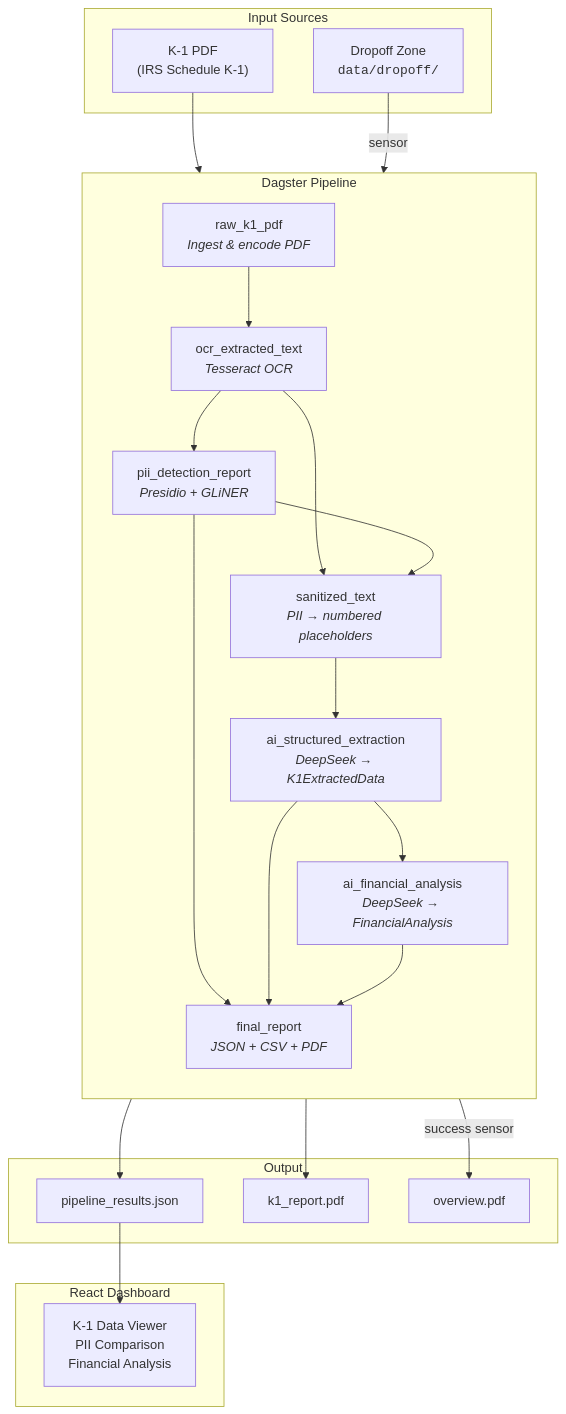
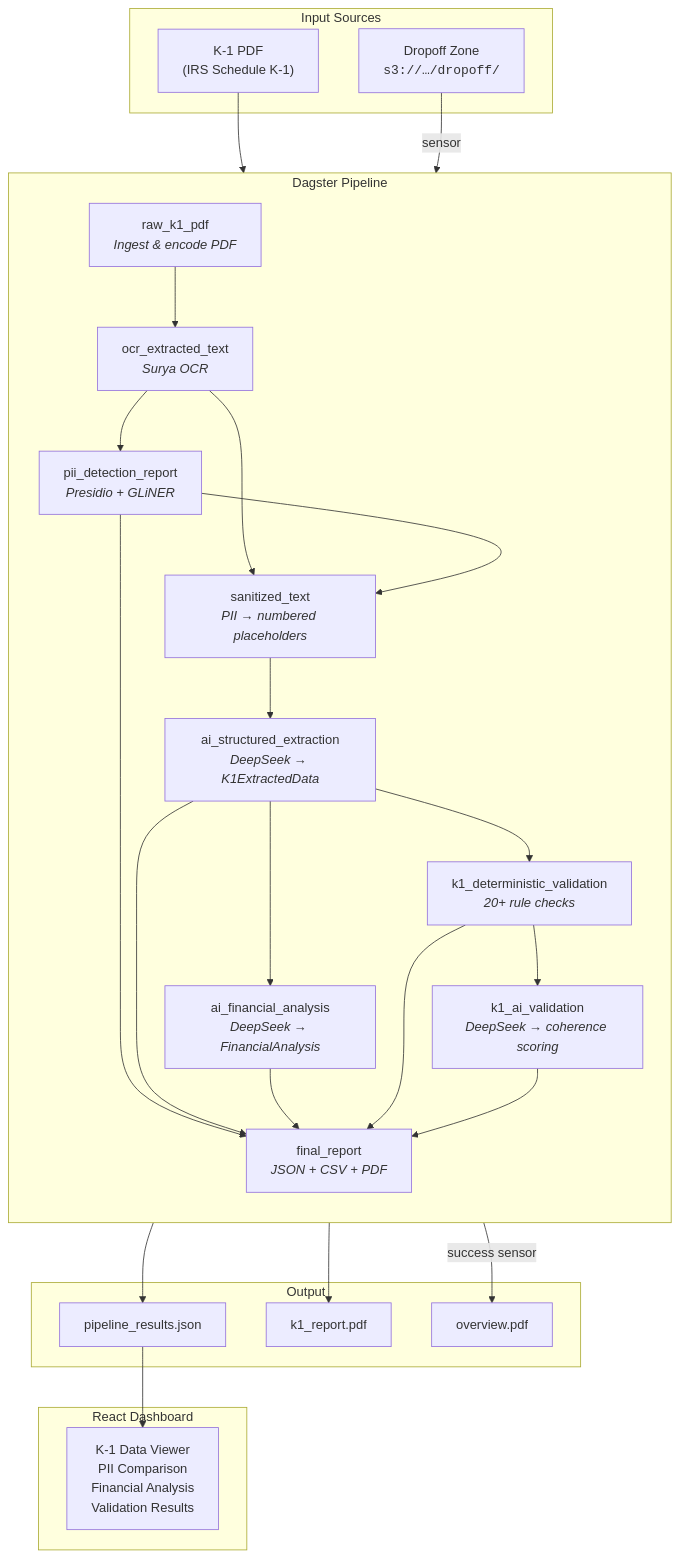
Before and after one commit to danielpodrazka/dagster-document-intelligence: the first of 8 diagrams in README.md, drawn with Mermaid. The commit also changed other lines of this file and 5 other files, not shown here.

First line of the commit message:
Update README, upgrade Surya OCR to v0.17 API, and add future enhancements doc

````diff
--- a/README.md
+++ b/README.md
@@ -13,44 +13,50 @@
 ```mermaid
 graph TB
     subgraph Input["Input Sources"]
         A["K-1 PDF<br/>(IRS Schedule K-1)"]
-        B["Dropoff Zone<br/><code>data/dropoff/</code>"]
+        B["Dropoff Zone<br/><code>s3://…/dropoff/</code>"]
     end
 
     subgraph Dagster["Dagster Pipeline"]
         direction TB
         C["raw_k1_pdf<br/><i>Ingest & encode PDF</i>"]
-        D["ocr_extracted_text<br/><i>Tesseract OCR</i>"]
+        D["ocr_extracted_text<br/><i>Surya OCR</i>"]
         E["pii_detection_report<br/><i>Presidio + GLiNER</i>"]
         F["sanitized_text<br/><i>PII → numbered placeholders</i>"]
         G["ai_structured_extraction<br/><i>DeepSeek → K1ExtractedData</i>"]
         H["ai_financial_analysis<br/><i>DeepSeek → FinancialAnalysis</i>"]
+        V1["k1_deterministic_validation<br/><i>20+ rule checks</i>"]
+        V2["k1_ai_validation<br/><i>DeepSeek → coherence scoring</i>"]
         I["final_report<br/><i>JSON + CSV + PDF</i>"]
     end
 
     subgraph Output["Output"]
         J["pipeline_results.json"]
         K["k1_report.pdf"]
         L["overview.pdf"]
     end
 
     subgraph Frontend["React Dashboard"]
-        M["K-1 Data Viewer<br/>PII Comparison<br/>Financial Analysis"]
+        M["K-1 Data Viewer<br/>PII Comparison<br/>Financial Analysis<br/>Validation Results"]
     end
 
     A --> C
     B -->|sensor| C
     C --> D
     D --> E
     D --> F
     E --> F
     F --> G
     G --> H
+    G --> V1
+    V1 --> V2
     E --> I
     G --> I
     H --> I
+    V1 --> I
+    V2 --> I
     I --> J
     I --> K
     I -->|success sensor| L
     J --> M
 ```
````
